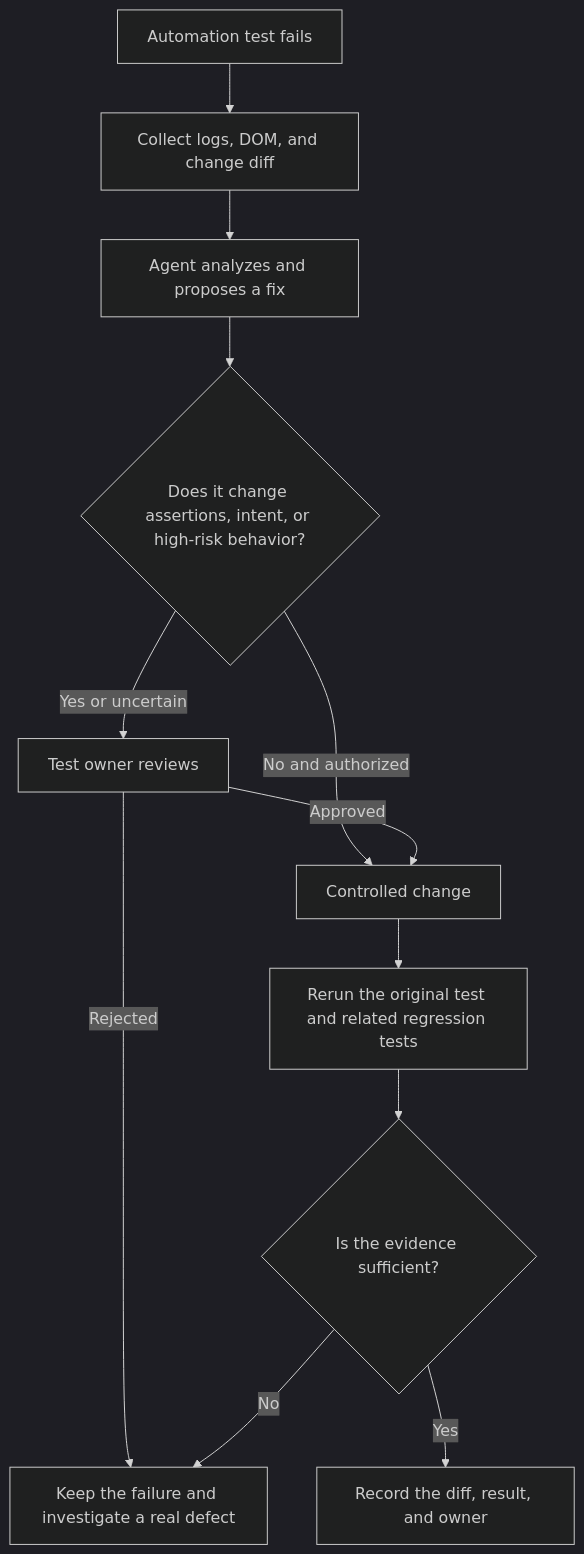
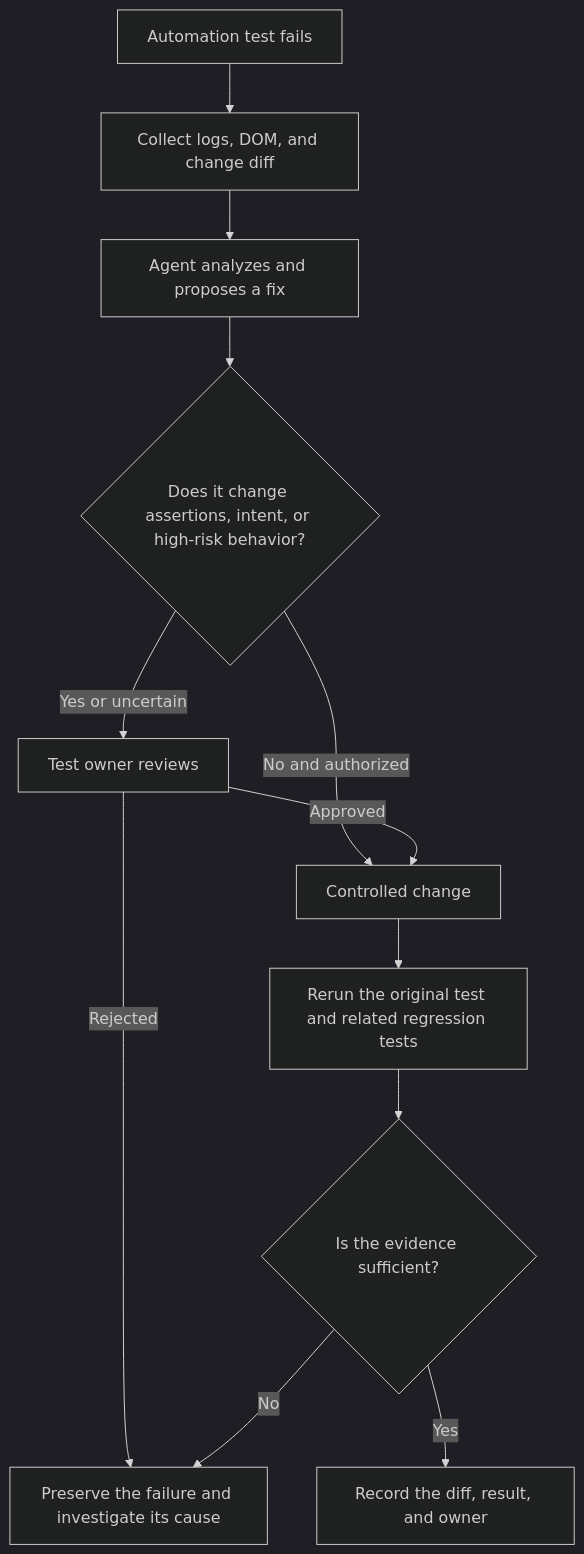
The fourth of 5 diagrams in src/blog/en/AI-Testing/agentic-ai-governance-testing.mdx (naodeng/naodeng.com.cn), drawn with Mermaid (dark theme) before and after one commit. The commit also changed other lines of this file and 10 other files, not shown here.

Commit message:
docs: review November blog diagrams

````diff
--- a/src/blog/en/AI-Testing/agentic-ai-governance-testing.mdx
+++ b/src/blog/en/AI-Testing/agentic-ai-governance-testing.mdx
@@ -203,14 +211,14 @@
 ```mermaid
 flowchart TD
     A[Automation test fails] --> B[Collect logs, DOM, and change diff]
     B --> C[Agent analyzes and proposes a fix]
     C --> D{Does it change assertions, intent, or high-risk behavior?}
     D -->|Yes or uncertain| E[Test owner reviews]
     D -->|No and authorized| F[Controlled change]
     E -->|Approved| F
-    E -->|Rejected| G[Keep the failure and investigate a real defect]
+    E -->|Rejected| G[Preserve the failure and investigate its cause]
     F --> H[Rerun the original test and related regression tests]
     H --> I{Is the evidence sufficient?}
     I -->|No| G
     I -->|Yes| J[Record the diff, result, and owner]
 ```
````
